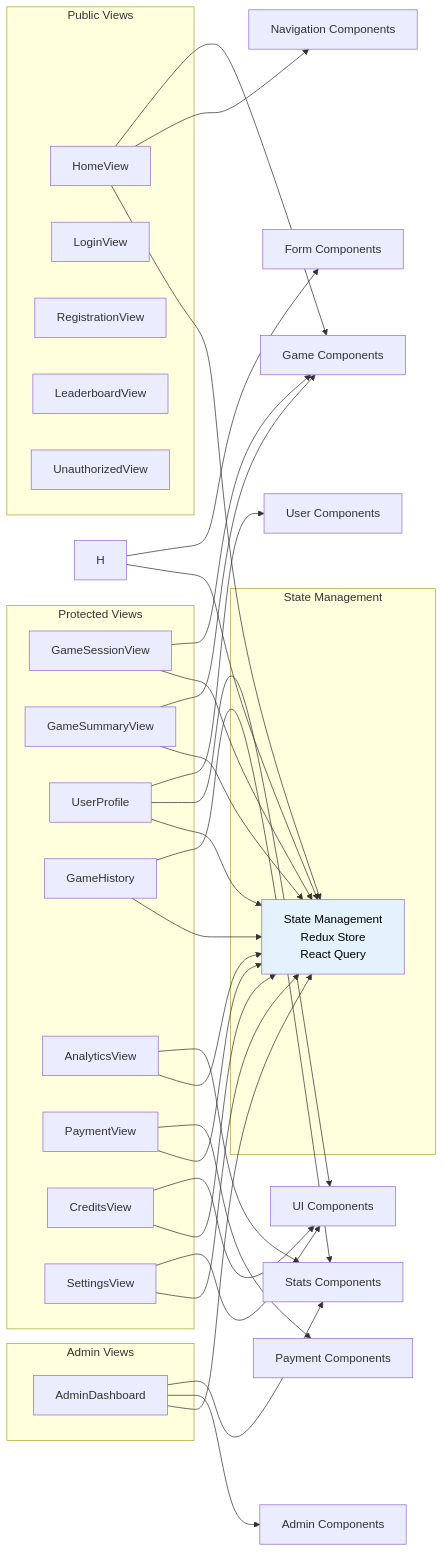
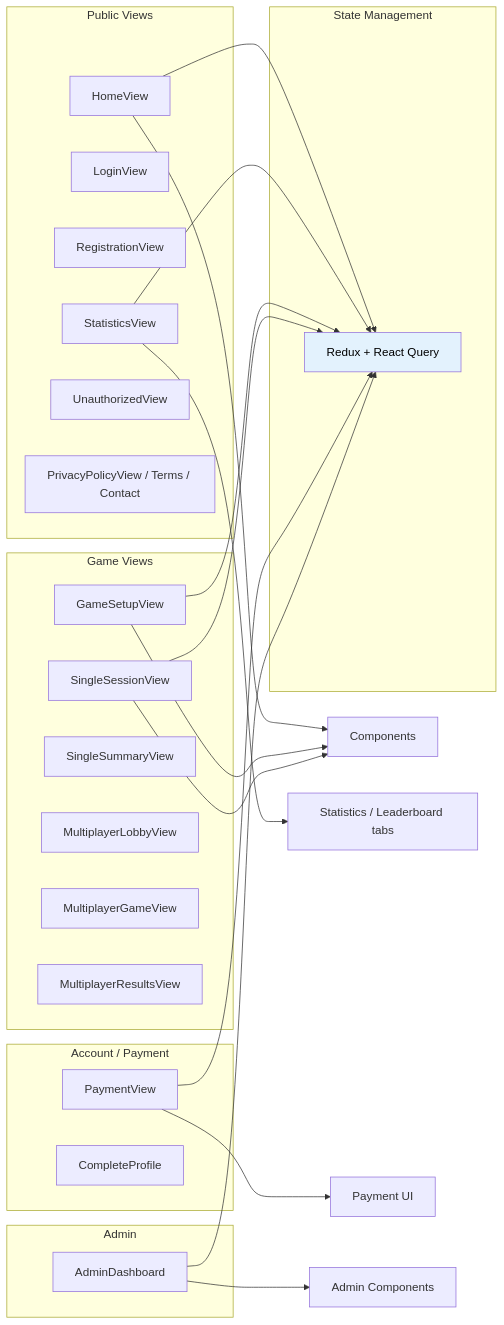
Diagram 21 of 31 in docs/DIAGRAMS.md (IsraelRub/EveryTriv), drawn with Mermaid before and after one commit. The commit also changed other lines of this file and 148 other files, not shown here.

First line of the commit message:
feat: email-gated profile, game text gate, session/multiplayer flows, Newman sync

````diff
--- a/docs/DIAGRAMS.md
+++ b/docs/DIAGRAMS.md
@@ -1176,58 +1195,48 @@
 ```mermaid
 graph LR
     subgraph "Public Views"
         A[HomeView]
         B[LoginView]
         C[RegistrationView]
-        D[LeaderboardView]
+        D[StatisticsView]
         E[UnauthorizedView]
+        F[PrivacyPolicyView / Terms / Contact]
     end
 
-    subgraph "Protected Views"
-        F[GameSessionView]
-        G[GameSummaryView]
-        I[UserProfile]
-        J[GameHistory]
-        K[AnalyticsView]
-        L[PaymentView]
-        M[CreditsView]
-        N[SettingsView]
+    subgraph "Game Views"
+        G[GameSetupView]
+        H[SingleSessionView]
+        I[SingleSummaryView]
+        J[MultiplayerLobbyView]
+        K[MultiplayerGameView]
+        L[MultiplayerResultsView]
     end
 
-    subgraph "Admin Views"
+    subgraph "Account / Payment"
+        M[PaymentView]
+        N[CompleteProfile]
+    end
+
+    subgraph "Admin"
         O[AdminDashboard]
     end
 
-    A --> P[Game Components]
-    A --> Q[Navigation Components]
-    F --> P
+    A --> P[Components]
     G --> P
-    H --> R[Form Components]
-    I --> S[User Components]
-    I --> T[UI Components]
-    J --> U[Stats Components]
-    K --> U
-    L --> V[Payment Components]
-    M --> T
-    N --> T
-    O --> U
-    O --> W[Admin Components]
+    H --> P
+    D --> Q[Statistics / Leaderboard tabs]
+    M --> R[Payment UI]
+    O --> S[Admin Components]
 
     subgraph "State Management"
-        SM[State Management<br/>Redux Store<br/>React Query]
+        SM[Redux + React Query]
     end
-
     A --> SM
-    F --> SM
+    D --> SM
     G --> SM
     H --> SM
-    I --> SM
-    J --> SM
-    K --> SM
-    L --> SM
     M --> SM
-    N --> SM
     O --> SM
 
     style SM fill:#e3f2fd,color:#000000
 ```
````
